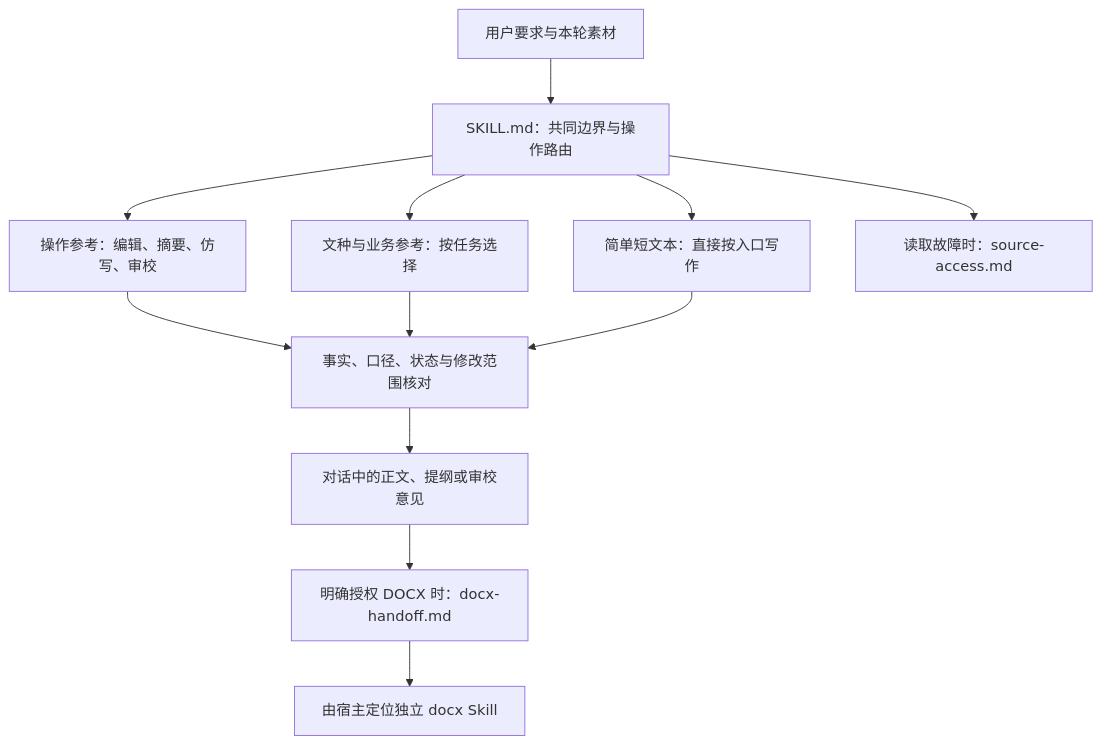
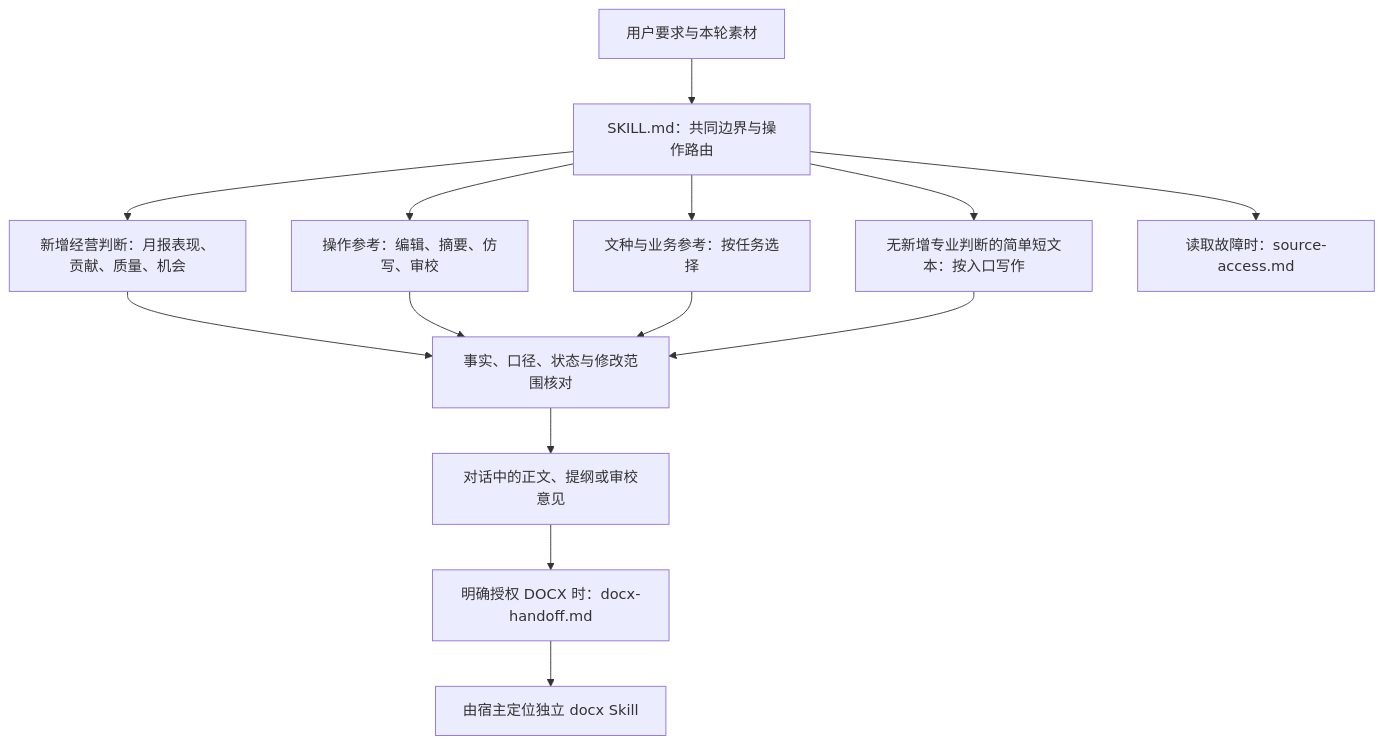
Before and after one commit to JohnParken/PSL-SKILLS: the first of 2 diagrams in docs/skills/bank-writing.md, drawn with Mermaid. The commit also changed other lines of this file and 7 other files, not shown here.

````diff
--- a/docs/skills/bank-writing.md
+++ b/docs/skills/bank-writing.md
@@ -19,14 +19,16 @@
 ```mermaid
 flowchart TD
     A["用户要求与本轮素材"] --> B["SKILL.md：共同边界与操作路由"]
-    B --> C["简单短文本：直接按入口写作"]
+    B --> C["无新增专业判断的简单短文本：按入口写作"]
     B --> D["操作参考：编辑、摘要、仿写、审校"]
     B --> E["文种与业务参考：按任务选择"]
+    B --> M["新增经营判断：月报表现、贡献、质量、机会"]
+    M --> F
     D --> F["事实、口径、状态与修改范围核对"]
     E --> F
     C --> F
     F --> G["对话中的正文、提纲或审校意见"]
     G --> H["明确授权 DOCX 时：docx-handoff.md"]
     H --> I["由宿主定位独立 docx Skill"]
     B --> J["读取故障时：source-access.md"]
 ```
````
